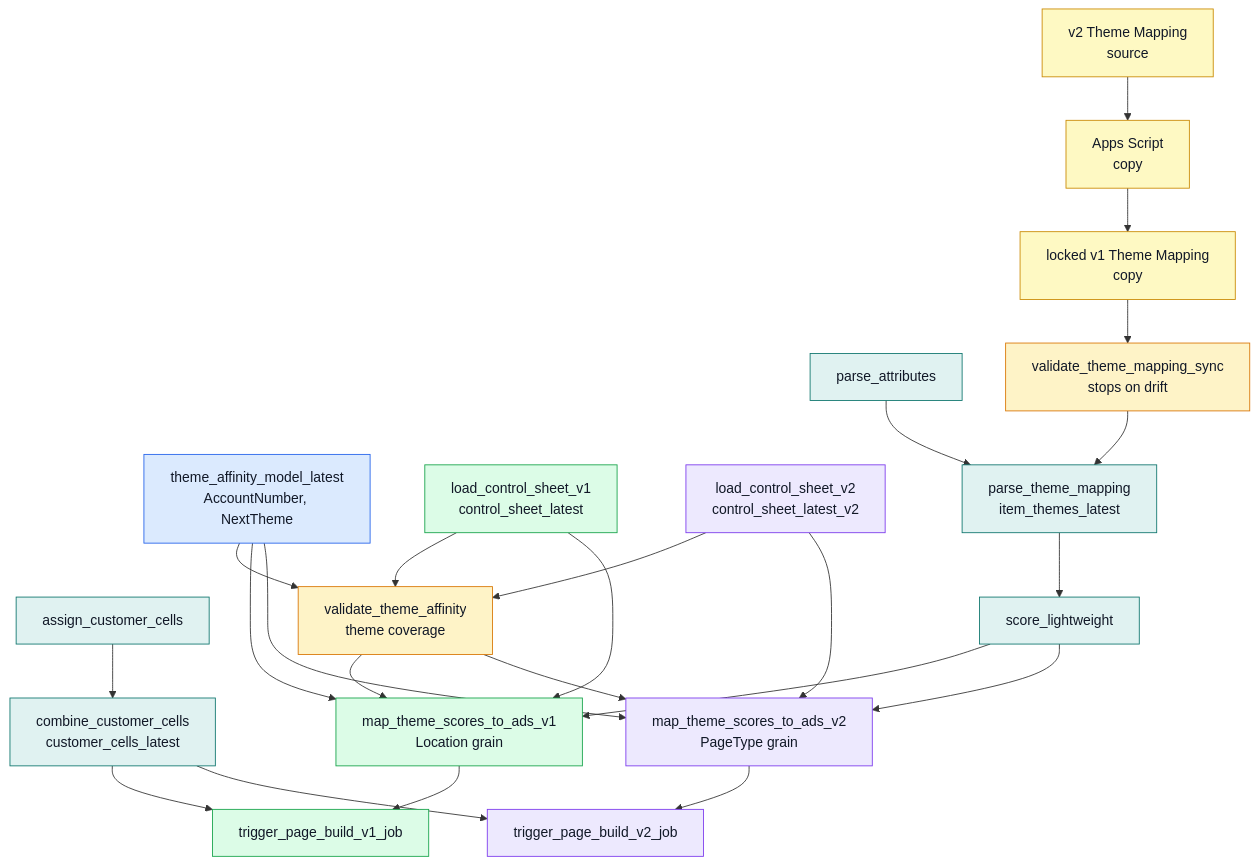
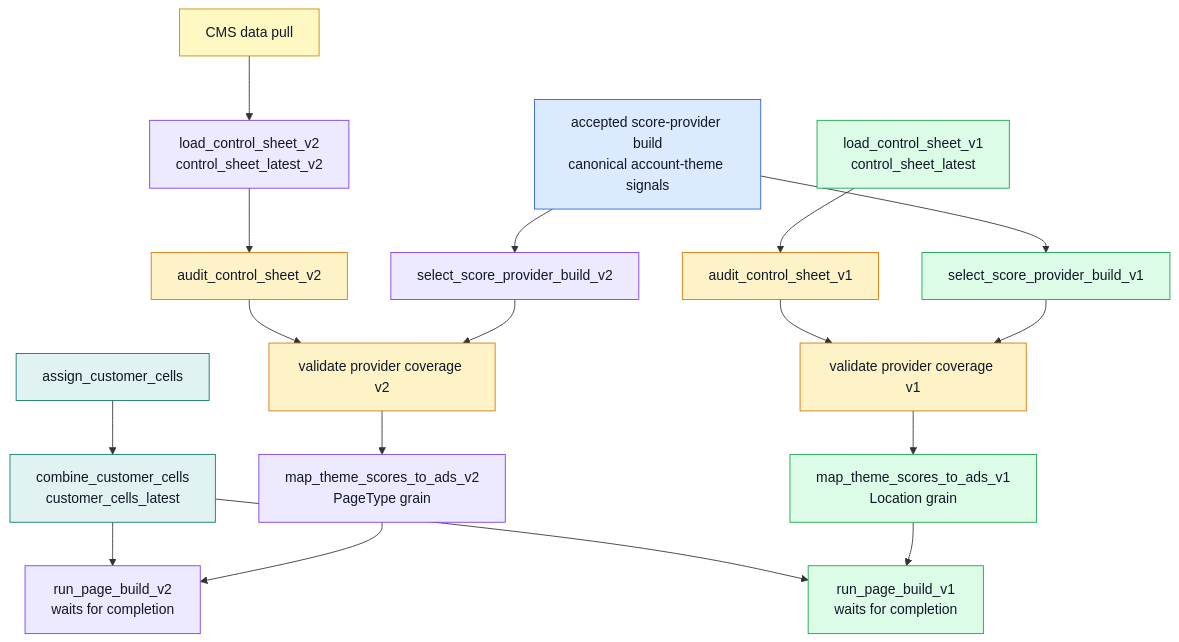
Before and after one commit to swblain-glyndwr/personal_project: the second of 2 diagrams in docs/architecture/v1_v2_parallel_route.md, drawn with Mermaid. The commit also changed other lines of this file and 36 other files, not shown here.

````diff
--- a/docs/architecture/v1_v2_parallel_route.md
+++ b/docs/architecture/v1_v2_parallel_route.md
@@ -94,57 +86,49 @@
 ```mermaid
 flowchart TD
   classDef sharedModel fill:#dbeafe,stroke:#2563eb,color:#111827
   classDef sharedTask fill:#e0f2f1,stroke:#0f766e,color:#111827
   classDef v1 fill:#dcfce7,stroke:#16a34a,color:#111827
   classDef v2 fill:#ede9fe,stroke:#7c3aed,color:#111827
   classDef guardrail fill:#fef3c7,stroke:#d97706,color:#111827
   classDef external fill:#fef9c3,stroke:#ca8a04,color:#111827
 
-  V2TM2["v2 Theme Mapping<br/>source"]:::external
-  COPY2["Apps Script<br/>copy"]:::external
-  V1TM2["locked v1 Theme Mapping<br/>copy"]:::external
-  V2TM2 --> COPY2 --> V1TM2
-
-  TA_LATEST["theme_affinity_model_latest<br/>AccountNumber, NextTheme"]:::sharedModel
+  PROVIDER["accepted score-provider build<br/>canonical account-theme signals"]:::sharedModel
 
   ASSIGN["assign_customer_cells"]:::sharedTask
   COMBINE["combine_customer_cells<br/>customer_cells_latest"]:::sharedTask
   ASSIGN --> COMBINE
 
   LOAD_V1["load_control_sheet_v1<br/>control_sheet_latest"]:::v1
+  AUDIT_V1["audit_control_sheet_v1"]:::guardrail
+  LOAD_V1 --> AUDIT_V1
+
+  CMS["CMS data pull"]:::external
   LOAD_V2["load_control_sheet_v2<br/>control_sheet_latest_v2"]:::v2
+  AUDIT_V2["audit_control_sheet_v2"]:::guardrail
+  CMS --> LOAD_V2 --> AUDIT_V2
 
-  ATTR["parse_attributes"]:::sharedTask
-  SYNC["validate_theme_mapping_sync<br/>stops on drift"]:::guardrail
-  THEME_MAP["parse_theme_mapping<br/>item_themes_latest"]:::sharedTask
-  SCORE["score_lightweight"]:::sharedTask
+  SELECT_V1["select_score_provider_build_v1"]:::v1
+  SELECT_V2["select_score_provider_build_v2"]:::v2
+  PROVIDER --> SELECT_V1
+  PROVIDER --> SELECT_V2
 
-  V1TM2 --> SYNC
-  ATTR --> THEME_MAP
-  SYNC --> THEME_MAP
-  THEME_MAP --> SCORE
-
-  COVER["validate_theme_affinity<br/>theme coverage"]:::guardrail
-  LOAD_V1 --> COVER
-  LOAD_V2 --> COVER
-  TA_LATEST --> COVER
+  COVER_V1["validate provider coverage v1"]:::guardrail
+  COVER_V2["validate provider coverage v2"]:::guardrail
+  AUDIT_V1 --> COVER_V1
+  SELECT_V1 --> COVER_V1
+  AUDIT_V2 --> COVER_V2
+  SELECT_V2 --> COVER_V2
 
   MAP_V1["map_theme_scores_to_ads_v1<br/>Location grain"]:::v1
   MAP_V2["map_theme_scores_to_ads_v2<br/>PageType grain"]:::v2
 
-  TA_LATEST --> MAP_V1
-  TA_LATEST --> MAP_V2
-  SCORE --> MAP_V1
-  SCORE --> MAP_V2
-  LOAD_V1 --> MAP_V1
-  LOAD_V2 --> MAP_V2
-  COVER --> MAP_V1
-  COVER --> MAP_V2
+  COVER_V1 --> MAP_V1
+  COVER_V2 --> MAP_V2
 
-  TRIGGER_V1["trigger_page_build_v1_job"]:::v1
-  TRIGGER_V2["trigger_page_build_v2_job"]:::v2
-  COMBINE --> TRIGGER_V1
-  MAP_V1 --> TRIGGER_V1
-  COMBINE --> TRIGGER_V2
-  MAP_V2 --> TRIGGER_V2
+  PAGE_V1["run_page_build_v1<br/>waits for completion"]:::v1
+  PAGE_V2["run_page_build_v2<br/>waits for completion"]:::v2
+  COMBINE --> PAGE_V1
+  MAP_V1 --> PAGE_V1
+  COMBINE --> PAGE_V2
+  MAP_V2 --> PAGE_V2
 ```
````
